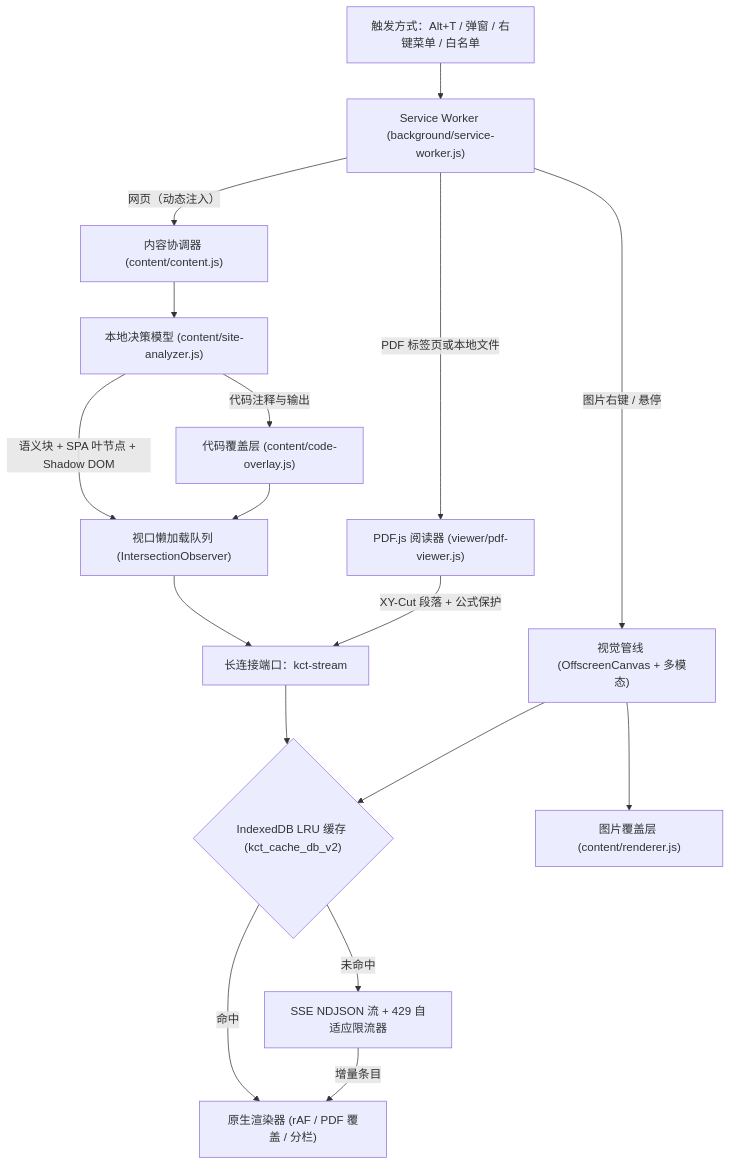
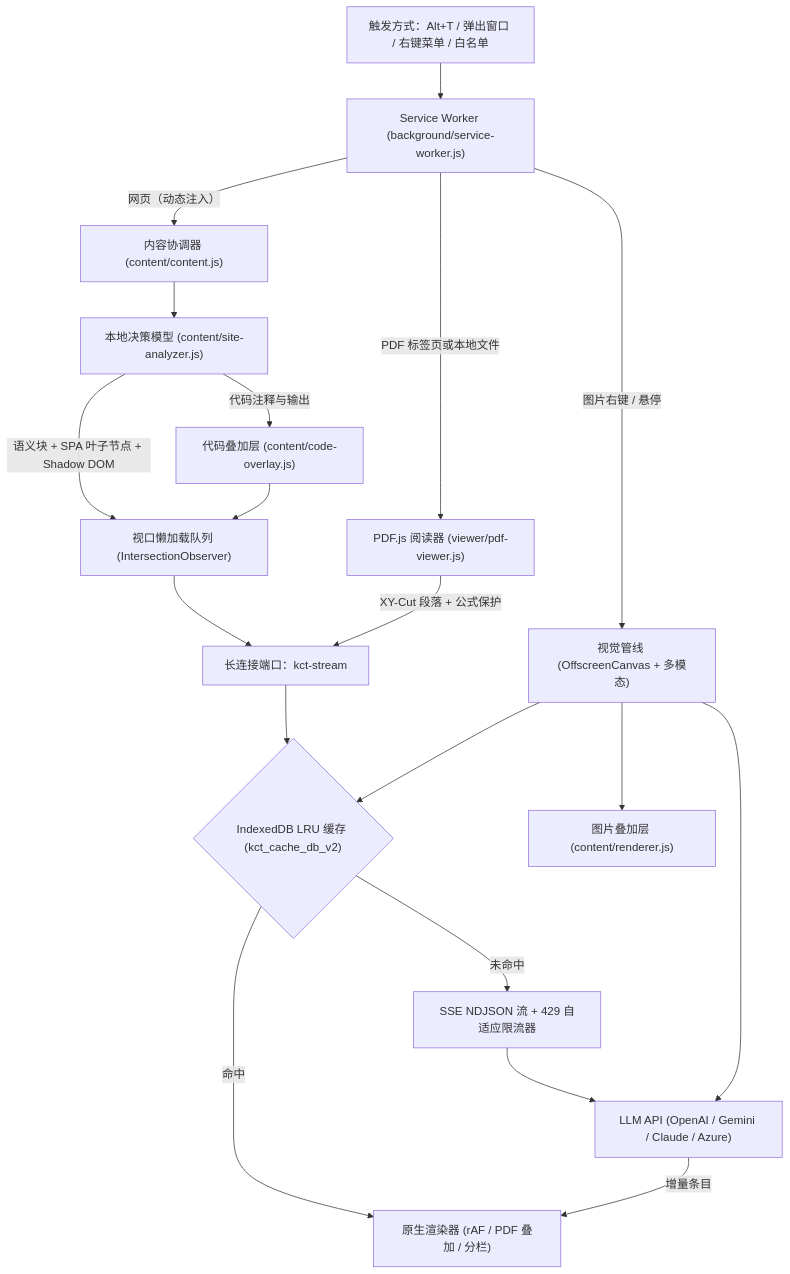
The first of 2 diagrams in README.zh-CN.md (Chih-Kai-Wang/kaggle-course-translator), drawn with Mermaid before and after one commit. The commit also changed other lines of this file and 23 other files, not shown here.

First line of the commit message:
feat(v2.4.0): update notice, Claude & Azure OpenAI providers, README rewrite with local decision-model diagram

````diff
--- a/README.zh-CN.md
+++ b/README.zh-CN.md
@@ -65,19 +76,21 @@
 ```mermaid
 flowchart TD
-    Trigger["触发方式：Alt+T / 弹窗 / 右键菜单 / 白名单"] --> SW["Service Worker (background/service-worker.js)"]
+    Trigger["触发方式：Alt+T / 弹出窗口 / 右键菜单 / 白名单"] --> SW["Service Worker (background/service-worker.js)"]
     SW -->|"网页（动态注入）"| Content["内容协调器 (content/content.js)"]
     SW -->|"PDF 标签页或本地文件"| PDF["PDF.js 阅读器 (viewer/pdf-viewer.js)"]
     SW -->|"图片右键 / 悬停"| Vision["视觉管线 (OffscreenCanvas + 多模态)"]
     Content --> Analyzer["本地决策模型 (content/site-analyzer.js)"]
-    Analyzer -->|"语义块 + SPA 叶节点 + Shadow DOM"| Queue["视口懒加载队列 (IntersectionObserver)"]
-    Analyzer -->|"代码注释与输出"| Code["代码覆盖层 (content/code-overlay.js)"]
+    Analyzer -->|"语义块 + SPA 叶子节点 + Shadow DOM"| Queue["视口懒加载队列 (IntersectionObserver)"]
+    Analyzer -->|"代码注释与输出"| Code["代码叠加层 (content/code-overlay.js)"]
     Code --> Queue
     Queue --> Port["长连接端口：kct-stream"]
     PDF -->|"XY-Cut 段落 + 公式保护"| Port
     Port --> Cache{"IndexedDB LRU 缓存 (kct_cache_db_v2)"}
-    Cache -->|"命中"| Render["原生渲染器 (rAF / PDF 覆盖 / 分栏)"]
+    Cache -->|"命中"| Render["原生渲染器 (rAF / PDF 叠加 / 分栏)"]
     Cache -->|"未命中"| Stream["SSE NDJSON 流 + 429 自适应限流器"]
-    Stream -->|"增量条目"| Render
+    Stream --> LLM["LLM API (OpenAI / Gemini / Claude / Azure)"]
+    LLM -->|"增量条目"| Render
     Vision --> Cache
-    Vision --> ImgOverlay["图片覆盖层 (content/renderer.js)"]
+    Vision --> LLM
+    Vision --> ImgOverlay["图片叠加层 (content/renderer.js)"]
 ```
````
